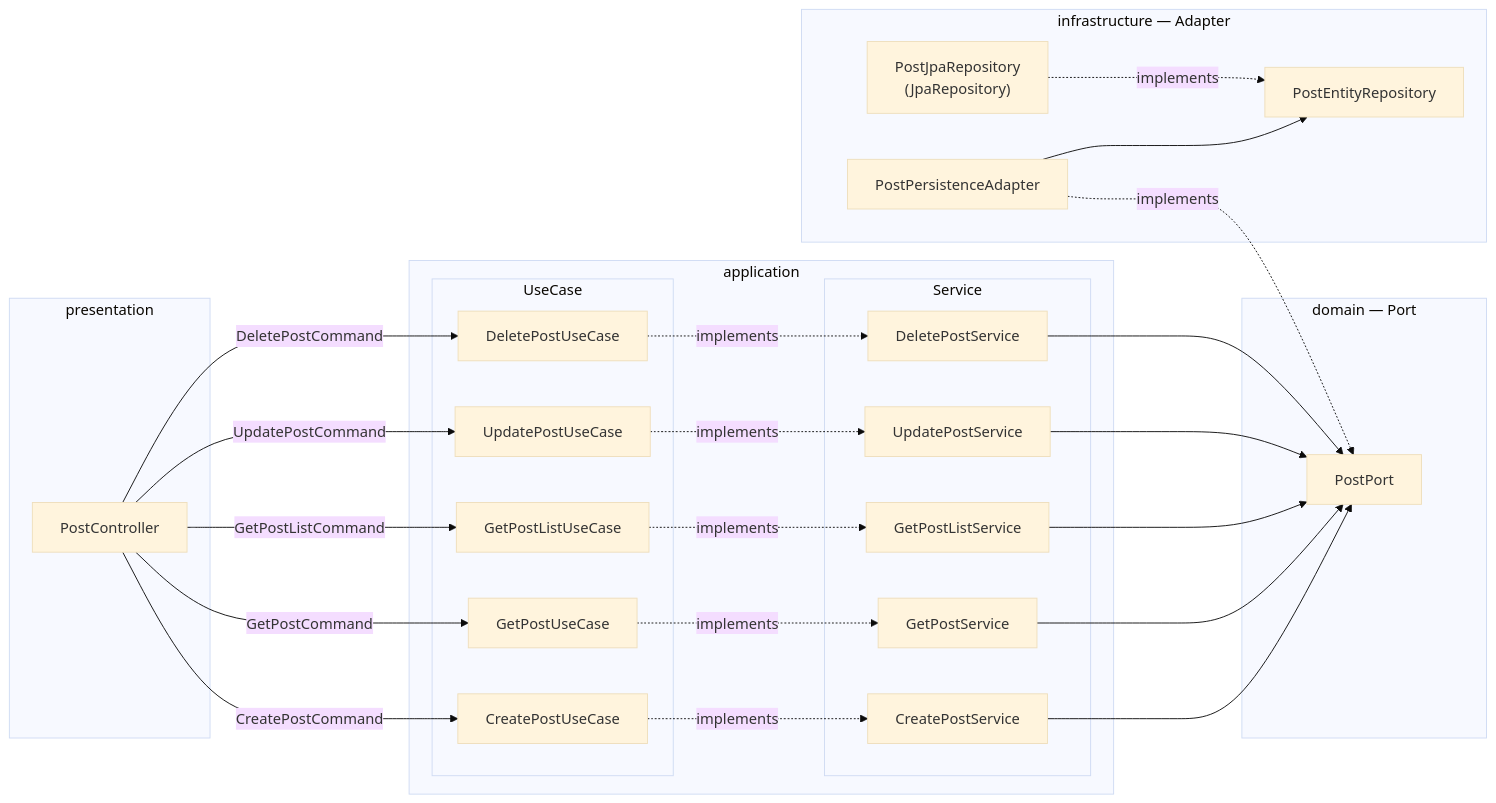
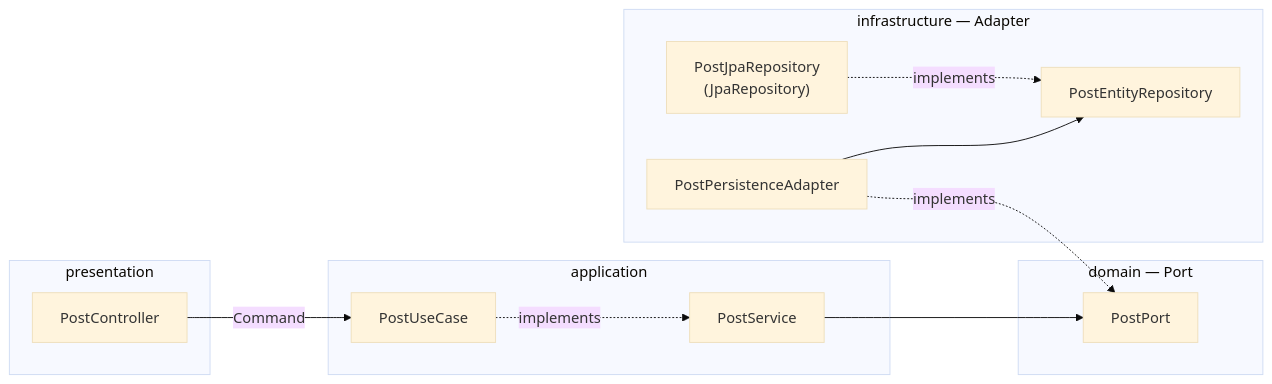
The first of 8 diagrams in docs/board/BOARD.md (GoToOOP2/OOP), drawn with Mermaid (base theme) before and after one commit. The commit also changed other lines of this file and 13 other files, not shown here.

First line of the commit message:
refactor(post): UseCase·Service 단일 클래스로 통합

````diff
--- a/docs/board/BOARD.md
+++ b/docs/board/BOARD.md
@@ -17,52 +17,29 @@
 ```mermaid
 flowchart LR
     subgraph presentation
         PC["PostController"]
     end
 
     subgraph application
-        subgraph usecase["UseCase"]
-            CPU["CreatePostUseCase"]
-            GPU["GetPostUseCase"]
-            GPLU["GetPostListUseCase"]
-            UPU["UpdatePostUseCase"]
-            DPU["DeletePostUseCase"]
-        end
-
-        subgraph service["Service"]
-            CPS["CreatePostService"]
-            GPS["GetPostService"]
-            GPLS["GetPostListService"]
-            UPS["UpdatePostService"]
-            DPS["DeletePostService"]
-        end
+        PUC["PostUseCase"]
+        PS["PostService"]
     end
 
     subgraph domain["domain — Port"]
         PP["PostPort"]
     end
 
     subgraph infrastructure["infrastructure — Adapter"]
         PPA["PostPersistenceAdapter"]
         PER["PostEntityRepository"]
         PJR["PostJpaRepository\n(JpaRepository)"]
     end
 
-    PC --CreatePostCommand--> CPU
-    PC --GetPostCommand--> GPU
-    PC --GetPostListCommand--> GPLU
-    PC --UpdatePostCommand--> UPU
-    PC --DeletePostCommand--> DPU
-
-    CPU -. implements .-> CPS
-    GPU -. implements .-> GPS
-    GPLU -. implements .-> GPLS
-    UPU -. implements .-> UPS
-    DPU -. implements .-> DPS
-
-    CPS & GPS & GPLS & UPS & DPS --> PP
+    PC --"Command"--> PUC
+    PUC -. implements .-> PS
+    PS --> PP
 
     PPA -. implements .-> PP
     PPA --> PER
     PJR -. implements .-> PER
 ```
````
